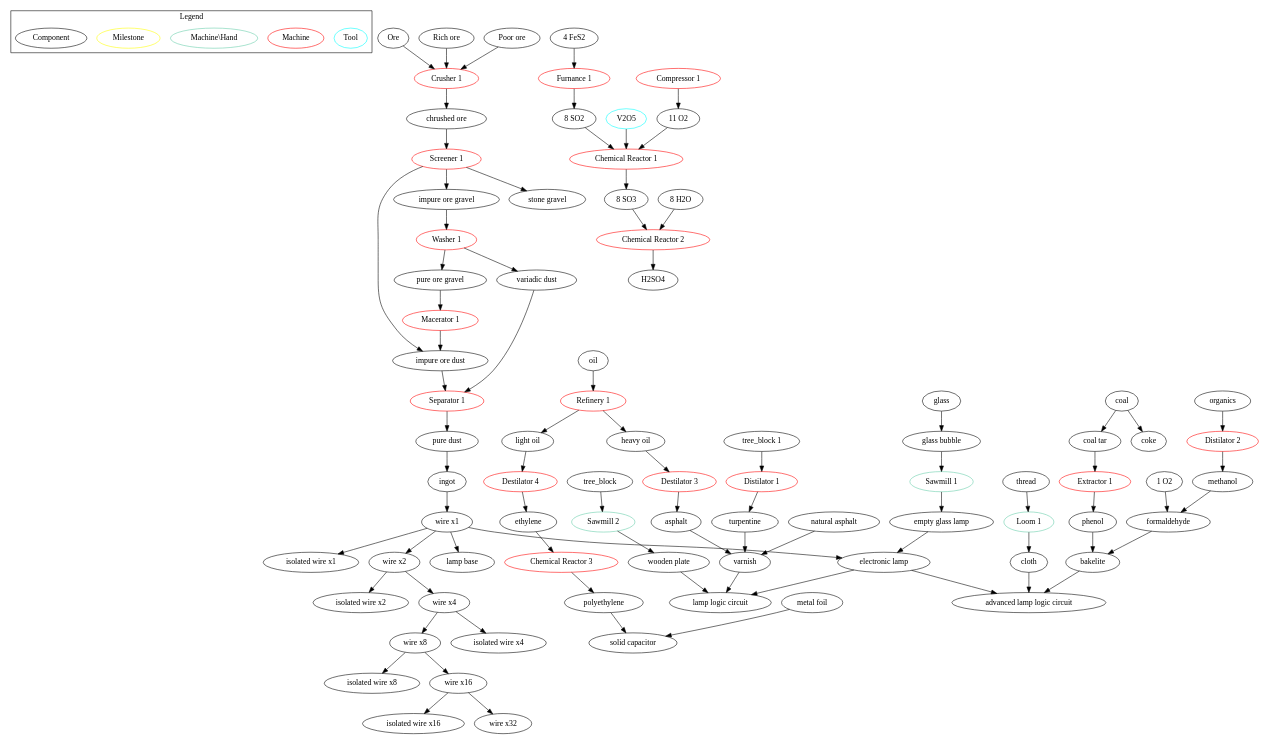
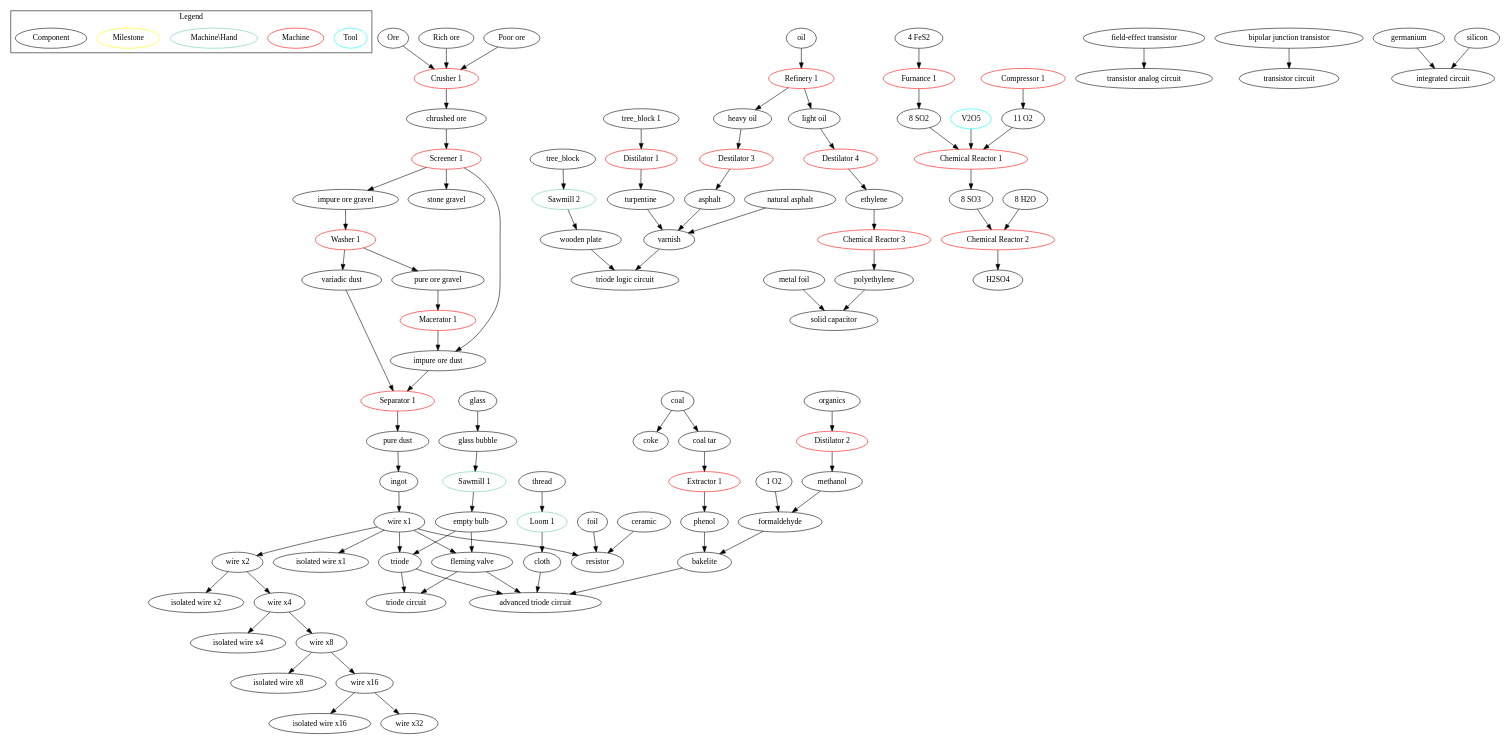
Before and after one commit to denesik/gsb: the diagram in docs/tech_tree.dot, drawn with Graphviz.

```diff
--- a/docs/tech_tree.dot
+++ b/docs/tech_tree.dot
@@ -1,100 +1,112 @@
 digraph g{
 subgraph cluster_0{
 label="Legend"
 Tool[color="0.5 1 1"]
 Machine[color="red"]
 "Machine\\Hand"[color="aquamarine3"]
 "Milestone"[color="yellow"]
 Component
 }
 
 "Ore"->"Crusher 1"
 "Rich ore"->"Crusher 1"
 "Poor ore"->"Crusher 1"
 
 "Crusher 1"->"chrushed ore"->"Screener 1"->"impure ore gravel"->"Washer 1"
 "Screener 1"->"stone gravel"
 "Screener 1"->"impure ore dust"
 "Washer 1"->"pure ore gravel"->"Macerator 1"->"impure ore dust"
 "Washer 1"->"variadic dust"
 "variadic dust"->"Separator 1"
 "impure ore dust"->"Separator 1"->"pure dust"
 "pure dust"->"ingot"
 
-"glass"->"glass bubble"->"Sawmill 1" ->"empty glass lamp"
+"glass"->"glass bubble"->"Sawmill 1" ->"empty bulb"
 
 "ingot"->"wire x1"->"isolated wire x1"
 "wire x1"->"wire x2"->"isolated wire x2"
 "wire x2"->"wire x4"->"isolated wire x4"
 "wire x4"->"wire x8"->"isolated wire x8"
 "wire x8"->"wire x16"->"isolated wire x16"
 "wire x16"->"wire x32"
-"wire x1"->"lamp base"
 
 "formaldehyde"->"bakelite"
 "phenol"->"bakelite"
-"varnish"->"lamp logic circuit"
-"wooden plate"->"lamp logic circuit"
+"varnish"->"triode logic circuit"
+"wooden plate"->"triode logic circuit"
 "tree_block"->"Sawmill 2"->"wooden plate"
 
 "tree_block 1"->"Distilator 1"->"turpentine"
 "turpentine"->"varnish"
 "asphalt"->"varnish"
 "natural asphalt"->"varnish"
 "heavy oil"->"Destilator 3"->"asphalt"
 "oil"->"Refinery 1"->"heavy oil"
 "Refinery 1"->"light oil"
 "coal"->"coal tar"
 "coal"->"coke"
 "coal tar"->"Extractor 1"->"phenol"
 "methanol"->"formaldehyde"
 "1 O2"->"formaldehyde"
 "organics"->"Distilator 2"->"methanol"
 "light oil"->"Destilator 4"->"ethylene"->"Chemical Reactor 3"->"polyethylene"
 
 "4 FeS2"->"Furnance 1"->"8 SO2"->"Chemical Reactor 1"->"8 SO3"
 "V2O5"->"Chemical Reactor 1"
 "11 O2"->"Chemical Reactor 1"
 "Compressor 1"->"11 O2"
 "8 SO3"->"Chemical Reactor 2"
 "8 H2O"->"Chemical Reactor 2"->"H2SO4"
 
 "thread"->"Loom 1"->"cloth"
-"cloth"->"advanced lamp logic circuit"
+"cloth"->"advanced triode circuit"
 
-"empty glass lamp"->"electronic lamp"
-"wire x1"->"electronic lamp"
-"electronic lamp"->"lamp logic circuit"
-"bakelite"->"advanced lamp logic circuit"
-"electronic lamp"->"advanced lamp logic circuit"
+"empty bulb"->"triode"
+"wire x1"->"triode"
+"empty bulb"->"fleming valve"
+"wire x1"->"fleming valve"
+"triode"->"triode circuit"
+"fleming valve"->"triode circuit"
+"bakelite"->"advanced triode circuit"
+"triode"->"advanced triode circuit"
+"fleming valve"->"advanced triode circuit"
+"wire x1"->"resistor"
+"foil"->"resistor"
+"ceramic"->"resistor"
+"field-effect transistor"
+"bipolar junction transistor"
+"bipolar junction transistor"->"transistor circuit"
+"field-effect transistor"->"transistor analog circuit"
+"germanium"->"integrated circuit"
+"silicon"->"integrated circuit"
 
 "polyethylene"->"solid capacitor"
 "metal foil"->"solid capacitor"
 
 "Crusher 1"[color="0 1 1"]
 "Furnance 1"[color="0 1 1"]
 "Macerator 1"[color="0 1 1"]
 V2O5[color="0.5 1 1"]
 "Chemical Reactor 1"[color="red"]
 "Chemical Reactor 2"[color="red"]
 "Chemical Reactor 3"[color="red"]
 "Compressor 1"[color="0 1 1"]
 "Screener 1"[color="0 1 1"]
 "Washer 1"[color="0 1 1"]
 "Macerator 1"[color="0 1 1"]
 "Separator 1"[color="0 1 1"]
 "Sawmill 1"[color="aquamarine3"]
 "Sawmill 2"[color="aquamarine3"]
 "varnish"[color="black"]
 "wooden plate"[color="black"]
 "bakelite"[color="black"]
 "cloth"[color="black"]
 "polyethylene"[color="black"]
 "Loom 1"[color="aquamarine3"]
 "Distilator 1"[color="red"]
 "Distilator 2"[color="red"]
 "Destilator 3"[color="red"]
 "Destilator 4"[color="red"]
 "Refinery 1"[color="red"]
 "Extractor 1"[color="red"]
 }
```
